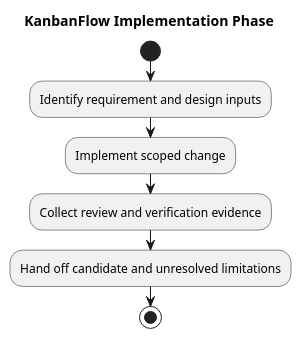
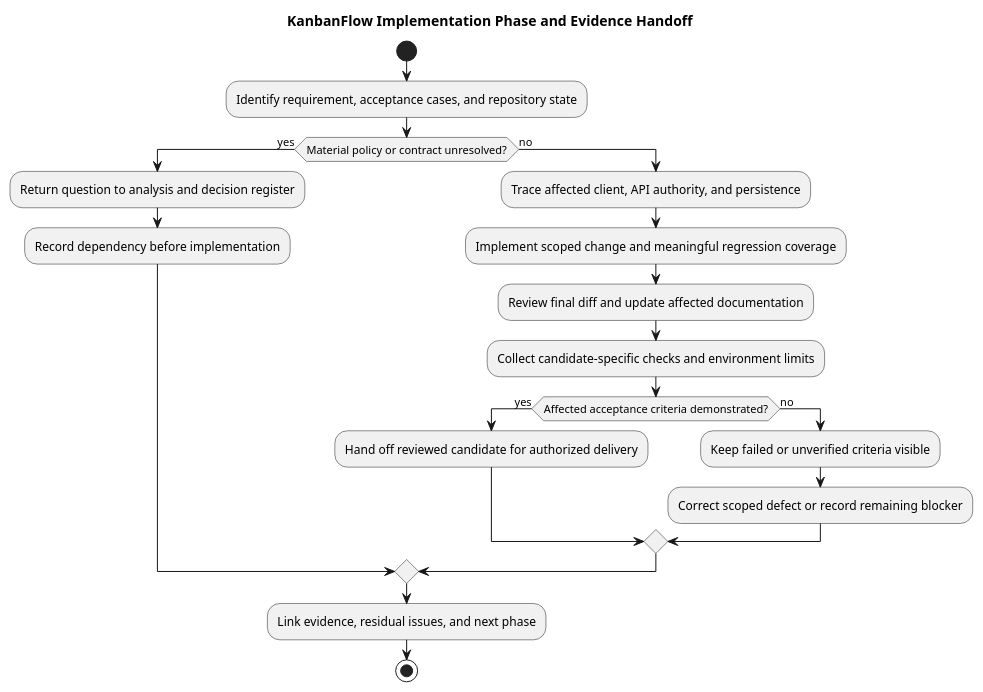
Before and after one commit to Farhad-Valizadegan/Web-KanbanFlow: the diagram in docs/SDLC/05-implementation/README.md, drawn with PlantUML. The commit also changed other lines of this file and 2 other files, not shown here.

Commit message:
docs: expand implementation index and phase handoffs

````diff
--- a/docs/SDLC/05-implementation/README.md
+++ b/docs/SDLC/05-implementation/README.md
@@ -39,11 +89,24 @@
 ```plantuml
 @startuml
-title KanbanFlow Implementation Phase
+title KanbanFlow Implementation Phase and Evidence Handoff
 start
-:Identify requirement and design inputs;
-:Implement scoped change;
-:Collect review and verification evidence;
-:Hand off candidate and unresolved limitations;
+:Identify requirement, acceptance cases, and repository state;
+if (Material policy or contract unresolved?) then (yes)
+ :Return question to analysis and decision register;
+ :Record dependency before implementation;
+else (no)
+ :Trace affected client, API authority, and persistence;
+ :Implement scoped change and meaningful regression coverage;
+ :Review final diff and update affected documentation;
+ :Collect candidate-specific checks and environment limits;
+ if (Affected acceptance criteria demonstrated?) then (yes)
+  :Hand off reviewed candidate for authorized delivery;
+ else (no)
+  :Keep failed or unverified criteria visible;
+  :Correct scoped defect or record remaining blocker;
+ endif
+endif
+:Link evidence, residual issues, and next phase;
 stop
 @enduml
 ```
````
